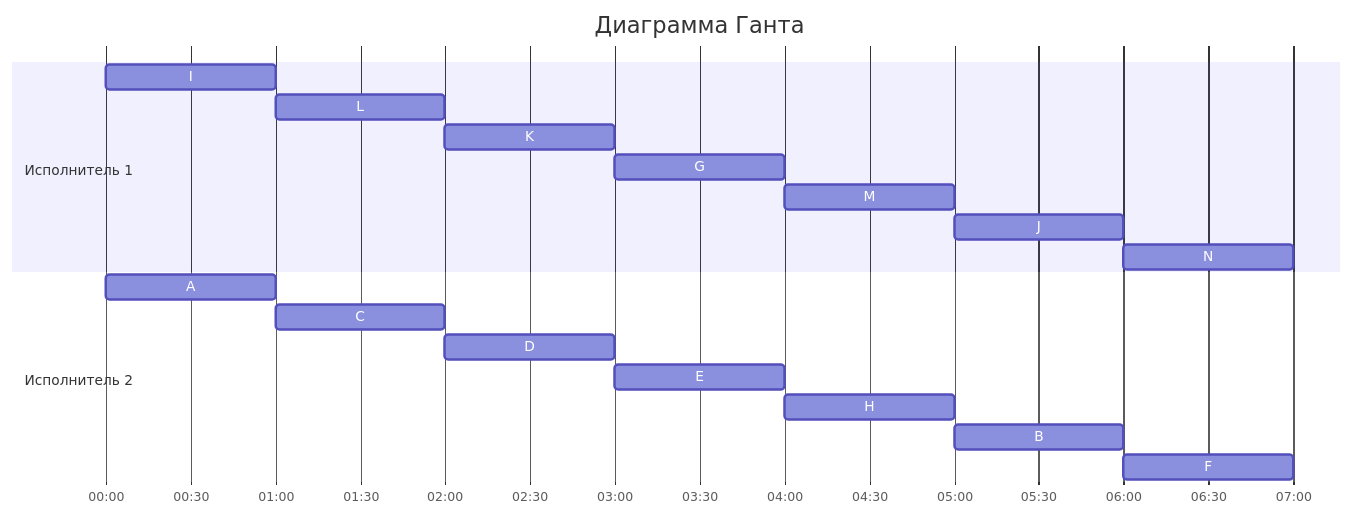
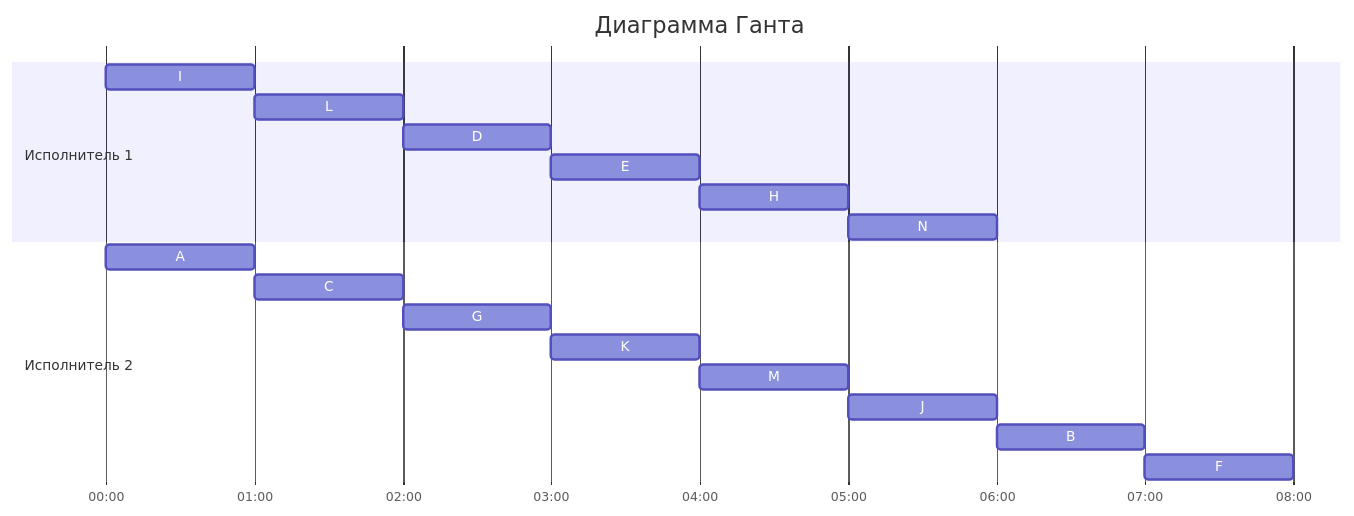
One commit to hse-algo-24-crow/manual-tasks-crow changed the fourth of 4 diagrams in task-7/solution.md. Above: the diagram before and after it, drawn with Mermaid. The commit also changed other lines of this file, not shown here.

Commit message:
задание 7

````diff
--- a/task-7/solution.md
+++ b/task-7/solution.md
@@ -120,22 +120,22 @@
 ```mermaid
 gantt
     title Диаграмма Ганта
     dateFormat HH:mm
     axisFormat %H:%M
     section Исполнитель 1
-    I :a, 00:00, 1h
-    L :b, after a, 1h
-    K :c, after b, 1h
-    G :d, after c, 1h
-    M :e, after d, 1h
-    J :f, after e, 1h
-    N :h, after f, 1h
+    I :a1, 00:00, 1h
+    L :a2, after a1, 1h
+    D :a3, after a2, 1h
+    E :a4, after a3, 1h
+    H :a5, after a4, 1h
+    N :a6, after a5, 1h
     section Исполнитель 2
-    A :a, 00:00, 1h
-    C :b, after a, 1h
-    D :c, after b, 1h
-    E :d, after c, 1h
-    H :e, after d, 1h
-    B :f, after e, 1h
-    F :h, after f, 1h
+    A :b1, 00:00, 1h
+    C :b2, after b1, 1h
+    G :b3, after b2, 1h
+    K :b4, after b3, 1h
+    M :b5, after b4, 1h
+    J :b6, after b5, 1h
+    B :b7, after b6, 1h
+    F :b8, after b7, 1h
 ```
````
